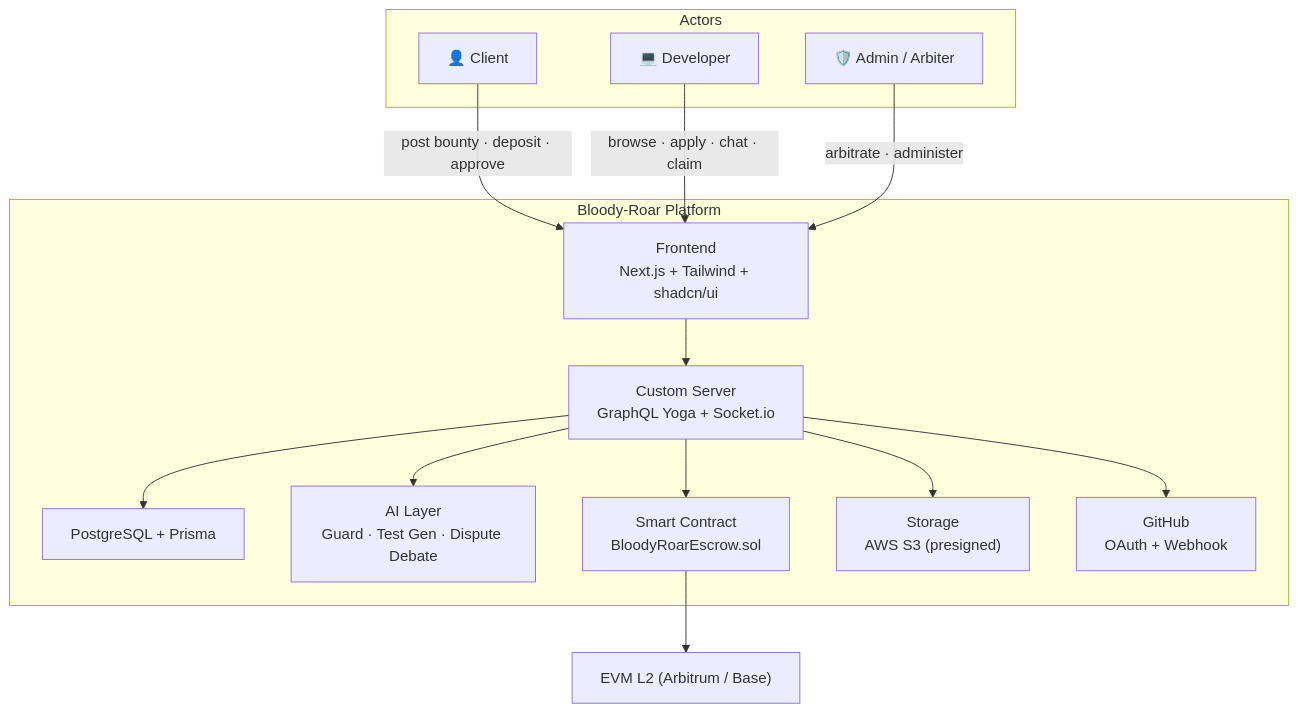
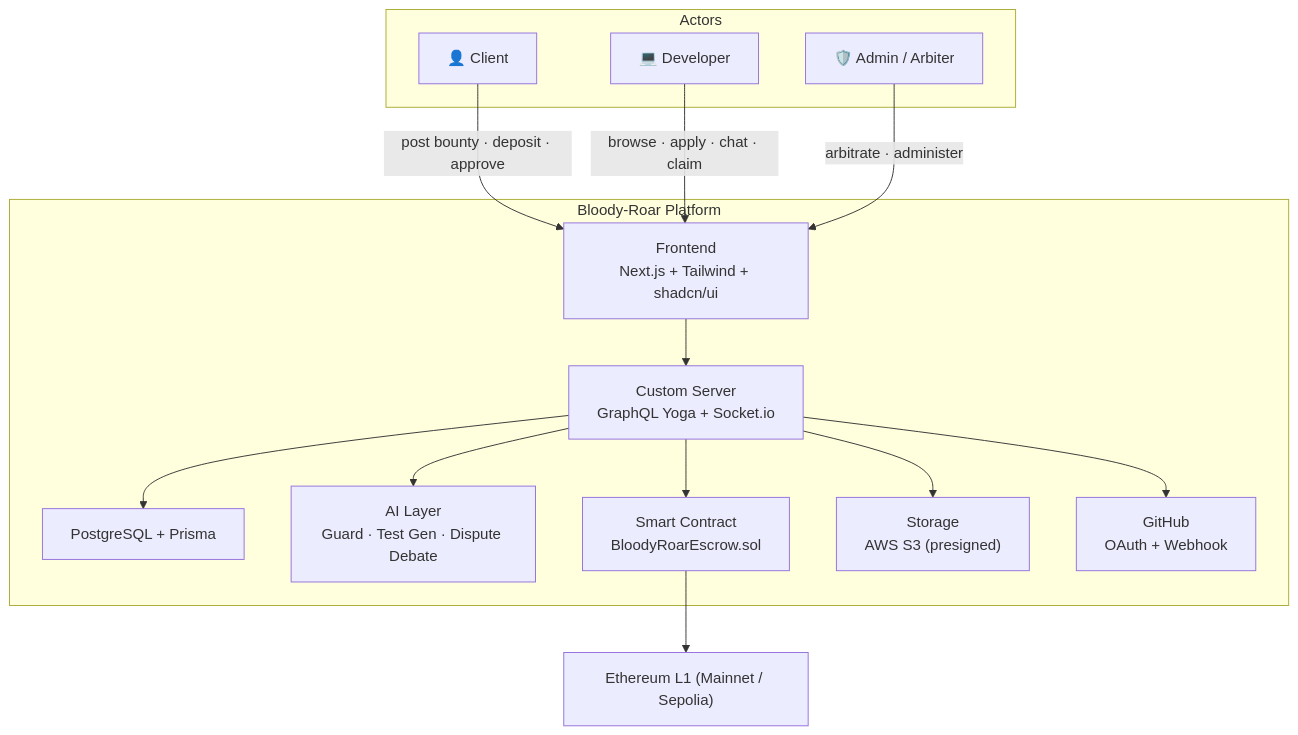
One commit to trongkhoidev/capstone1-bloody-roar changed the second of 3 diagrams in README.md. Above: the diagram before and after it, drawn with Mermaid. The commit also changed other lines of this file and 7 other files, not shown here.

````diff
--- a/README.md
+++ b/README.md
@@ -115,31 +118,31 @@
 ```mermaid
 flowchart TD
     subgraph Users["Actors"]
         CL["👤 Client"]
         DV["💻 Developer"]
         AD["🛡️ Admin / Arbiter"]
     end
 
     subgraph Platform["Bloody-Roar Platform"]
         FE["Frontend<br/>Next.js + Tailwind + shadcn/ui"]
         BE["Custom Server<br/>GraphQL Yoga + Socket.io"]
         DB["PostgreSQL + Prisma"]
         AI["AI Layer<br/>Guard · Test Gen · Dispute Debate"]
         SC["Smart Contract<br/>BloodyRoarEscrow.sol"]
         ST["Storage<br/>AWS S3 (presigned)"]
         GH["GitHub<br/>OAuth + Webhook"]
     end
 
-    BC["EVM L2 (Arbitrum / Base)"]
+    BC["Ethereum L1 (Mainnet / Sepolia)"]
 
     CL -->|post bounty · deposit · approve| FE
     DV -->|browse · apply · chat · claim| FE
     AD -->|arbitrate · administer| FE
     FE --> BE
     BE --> DB
     BE --> AI
     BE --> SC
     BE --> ST
     BE --> GH
     SC --> BC
 ```
````
